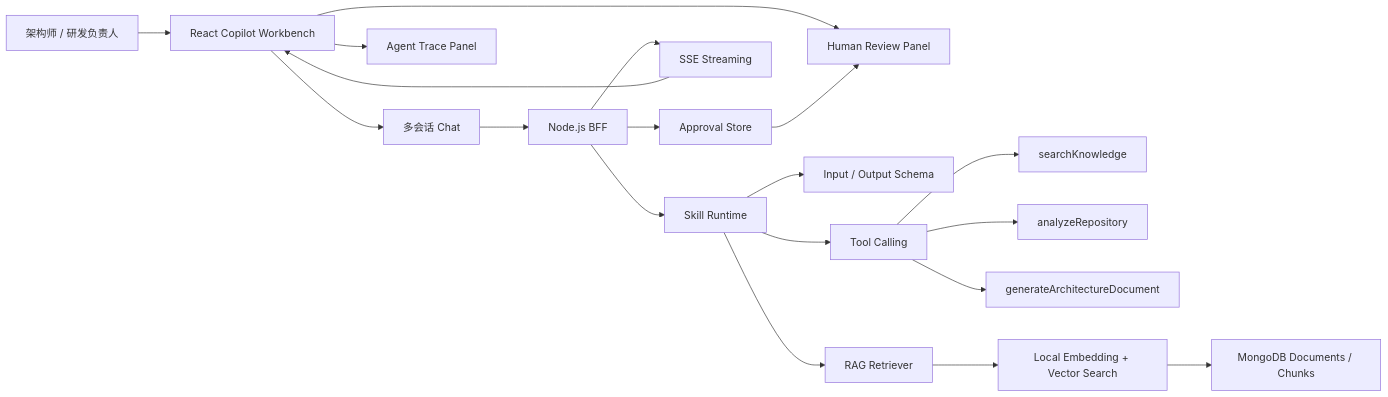
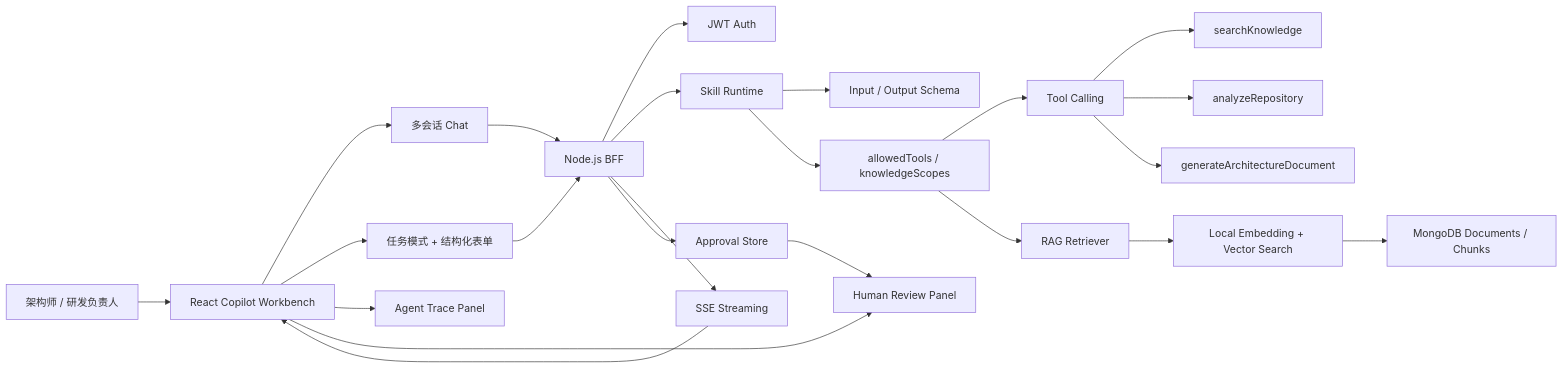
Before and after one commit to superwolfman/aidemo: the diagram in README.md, drawn with Mermaid. The commit also changed other lines of this file and 21 other files, not shown here.

Commit message:
refactor: refine architecture copilot mvp

````diff
--- a/README.md
+++ b/README.md
@@ -168,21 +223,25 @@
 ```mermaid
 flowchart LR
   User["架构师 / 研发负责人"] --> UI["React Copilot Workbench"]
   UI --> Chat["多会话 Chat"]
+  UI --> Task["任务模式 + 结构化表单"]
   UI --> Trace["Agent Trace Panel"]
   UI --> Review["Human Review Panel"]
   Chat --> BFF["Node.js BFF"]
+  Task --> BFF
+  BFF --> Auth["JWT Auth"]
   BFF --> Skill["Skill Runtime"]
   Skill --> Schema["Input / Output Schema"]
-  Skill --> Tools["Tool Calling"]
-  Skill --> RAG["RAG Retriever"]
+  Skill --> Guard["allowedTools / knowledgeScopes"]
+  Guard --> Tools["Tool Calling"]
+  Guard --> RAG["RAG Retriever"]
   Tools --> Search["searchKnowledge"]
   Tools --> Repo["analyzeRepository"]
   Tools --> Doc["generateArchitectureDocument"]
   RAG --> Vector["Local Embedding + Vector Search"]
   Vector --> Mongo["MongoDB Documents / Chunks"]
   BFF --> SSE["SSE Streaming"]
   SSE --> UI
   BFF --> Approval["Approval Store"]
   Approval --> Review
 ```
````
